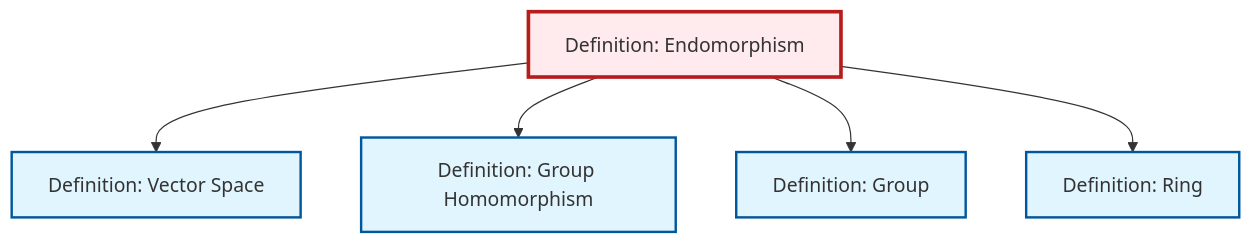
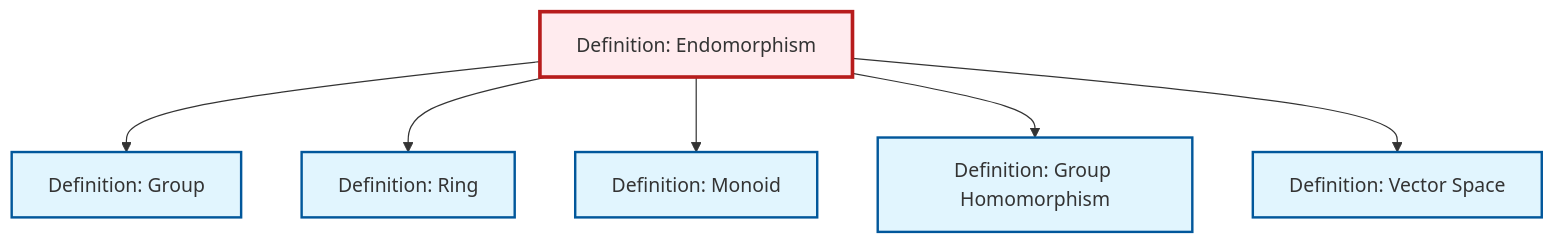
One commit to RK0429/ModernMath changed the diagram in content/ja/algebra/def-endomorphism.qmd. Above: the diagram before and after it, drawn with Mermaid. The commit also changed 619 other files, not shown here.

````diff
--- a/content/ja/algebra/def-endomorphism.qmd
+++ b/content/ja/algebra/def-endomorphism.qmd
@@ -90,23 +90,26 @@
 ```{mermaid}
 %%| fig-cap: "Local dependency graph"
 graph TD
     classDef definition fill:#e1f5fe,stroke:#01579b,stroke-width:2px
     classDef theorem fill:#f3e5f5,stroke:#4a148c,stroke-width:2px
     classDef axiom fill:#fff3e0,stroke:#e65100,stroke-width:2px
     classDef example fill:#e8f5e9,stroke:#1b5e20,stroke-width:2px
     classDef current fill:#ffebee,stroke:#b71c1c,stroke-width:3px
+    def-group["Definition: Group"]:::definition
     def-homomorphism["Definition: Group Homomorphism"]:::definition
+    def-endomorphism["Definition: Endomorphism"]:::definition
+    def-monoid["Definition: Monoid"]:::definition
+    def-ring["Definition: Ring"]:::definition
     def-vector-space["Definition: Vector Space"]:::definition
-    def-endomorphism["Definition: Endomorphism"]:::definition
-    def-ring["Definition: Ring"]:::definition
-    def-group["Definition: Group"]:::definition
-    def-endomorphism --> def-vector-space
-    def-endomorphism --> def-homomorphism
     def-endomorphism --> def-group
     def-endomorphism --> def-ring
+    def-endomorphism --> def-monoid
+    def-endomorphism --> def-homomorphism
+    def-endomorphism --> def-vector-space
     class def-endomorphism current
+    click def-group "def-group.html" "Definition: Groupへ"
     click def-homomorphism "def-homomorphism.html" "Definition: Group Homomorphismへ"
+    click def-monoid "def-monoid.html" "Definition: Monoidへ"
+    click def-ring "def-ring.html" "Definition: Ringへ"
     click def-vector-space "def-vector-space.html" "Definition: Vector Spaceへ"
-    click def-ring "def-ring.html" "Definition: Ringへ"
-    click def-group "def-group.html" "Definition: Groupへ"
 ```
````
